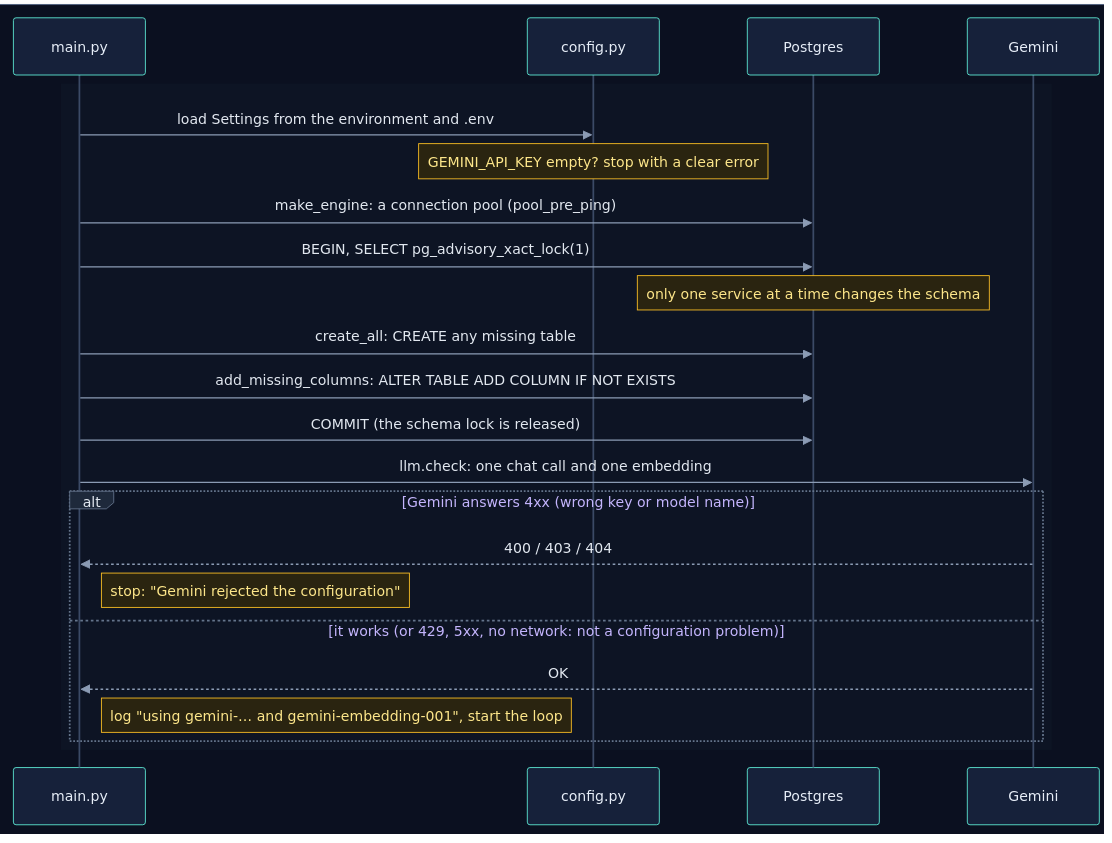
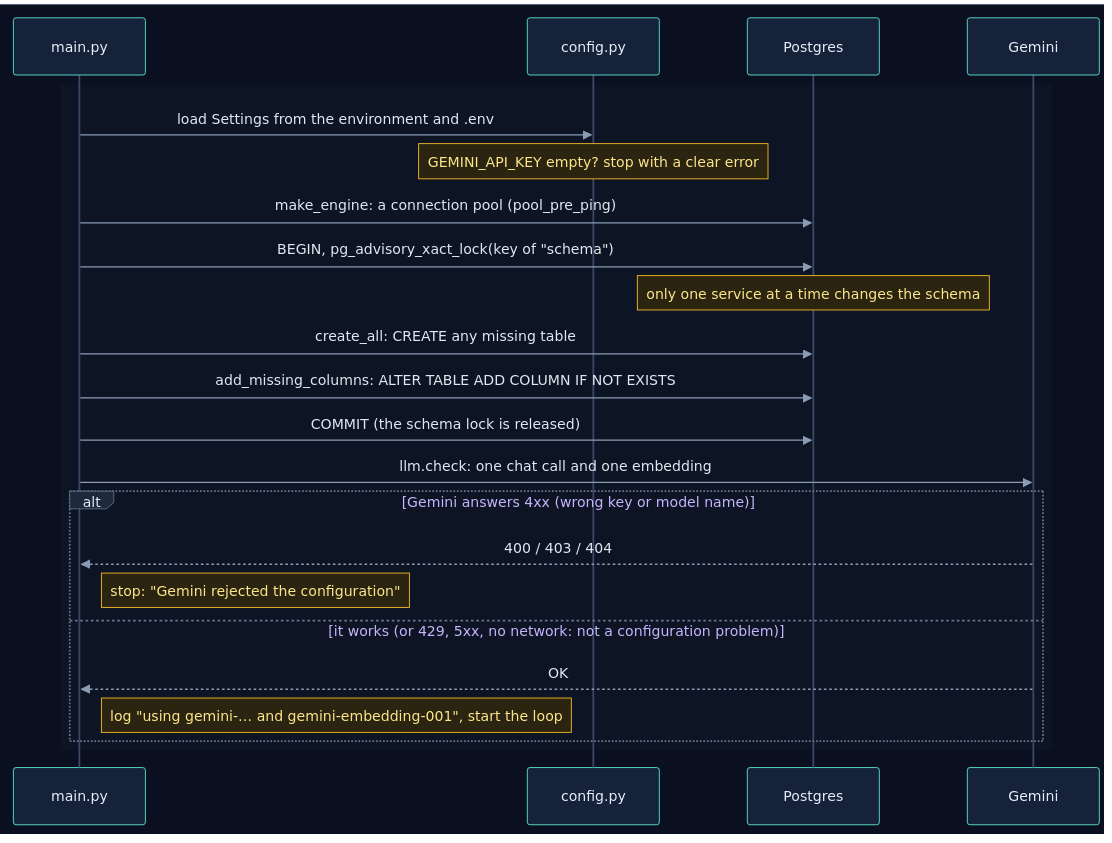
The third of 20 diagrams in how_the_worker_works.md (selvakumarperumal/Regulatory_Circular_Impact_Agent), drawn with Mermaid before and after one commit. The commit also changed other lines of this file and 4 other files, not shown here.

Commit message:
Scope advisory locks by schema

````diff
--- a/how_the_worker_works.md
+++ b/how_the_worker_works.md
@@ -152,29 +152,29 @@
 ```mermaid
 %%{init: {"theme": "base", "sequence": {"diagramMarginX": 0, "diagramMarginY": 0}, "themeVariables": {"darkMode": true, "primaryColor": "#16213a", "primaryTextColor": "#e6edf7", "primaryBorderColor": "#475a7a", "lineColor": "#8b9bb4", "secondaryColor": "#1b2436", "tertiaryColor": "#101a2e", "edgeLabelBackground": "#0f172a", "textColor": "#e2e8f0", "actorBkg": "#16213a", "actorBorder": "#5eead4", "actorTextColor": "#e6edf7", "actorLineColor": "#3b4a66", "signalColor": "#8b9bb4", "signalTextColor": "#e2e8f0", "noteBkgColor": "#2a2410", "noteBorderColor": "#fbbf24", "noteTextColor": "#fde68a", "labelBoxBkgColor": "#1e293b", "labelBoxBorderColor": "#64748b", "labelTextColor": "#e2e8f0", "loopTextColor": "#c4b5fd", "sequenceNumberColor": "#0b1020", "activationBkgColor": "#1e293b"}}}%%
 sequenceDiagram
     box rgb(11, 16, 32)
         participant M as main.py
         participant C as config.py
         participant PG as Postgres
         participant G as Gemini
     end
 
     rect rgb(13, 20, 36)
         M->>C: load Settings from the environment and .env
         Note over C: GEMINI_API_KEY empty? stop with a clear error
         M->>PG: make_engine: a connection pool (pool_pre_ping)
-        M->>PG: BEGIN, SELECT pg_advisory_xact_lock(1)
+        M->>PG: BEGIN, pg_advisory_xact_lock(key of "schema")
         Note over PG: only one service at a time changes the schema
         M->>PG: create_all: CREATE any missing table
         M->>PG: add_missing_columns: ALTER TABLE ADD COLUMN IF NOT EXISTS
         M->>PG: COMMIT (the schema lock is released)
         M->>G: llm.check: one chat call and one embedding
         alt Gemini answers 4xx (wrong key or model name)
             G-->>M: 400 / 403 / 404
             Note right of M: stop: "Gemini rejected the configuration"
         else it works (or 429, 5xx, no network: not a configuration problem)
             G-->>M: OK
             Note right of M: log "using gemini-… and gemini-embedding-001", start the loop
         end
     end
 ```
````
